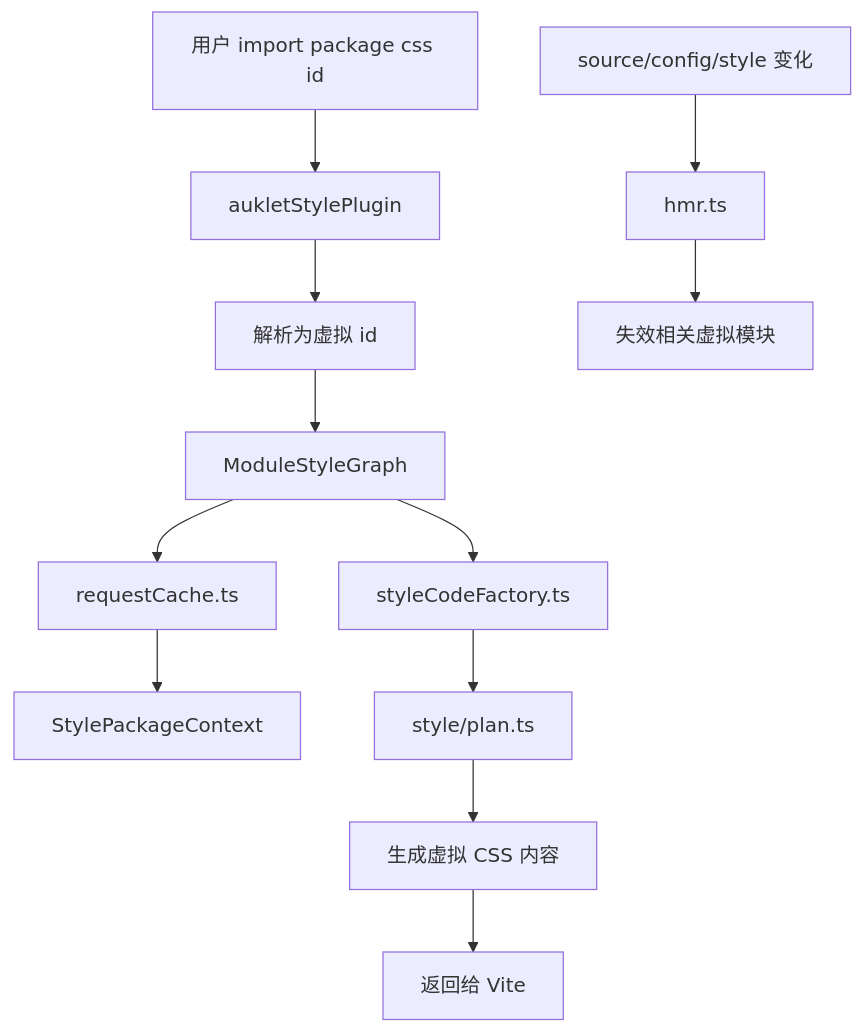
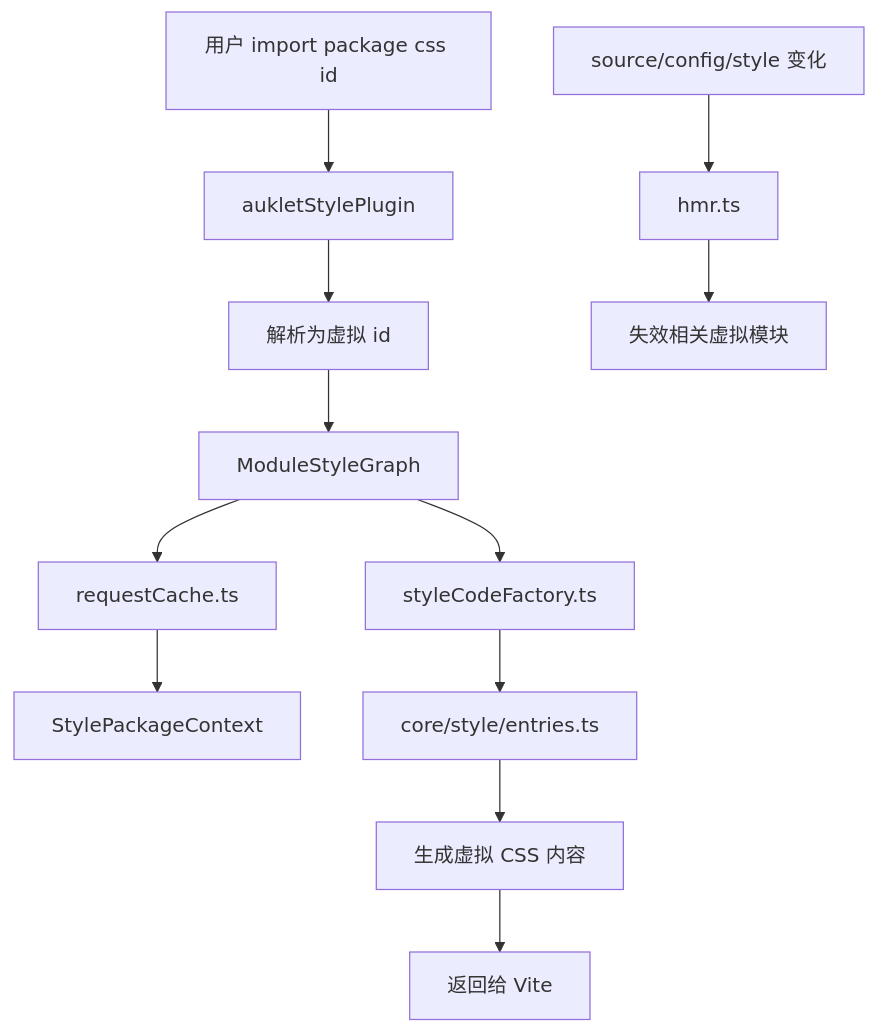
Before and after one commit to imtaotao/auklet: the fourth of 4 diagrams in CONTRIBUTING.md, drawn with Mermaid. The commit also changed other lines of this file and 9 other files, not shown here.

Commit message:
Share style entry graph between build and dev

````diff
--- a/CONTRIBUTING.md
+++ b/CONTRIBUTING.md
@@ -248,14 +248,14 @@
 ```mermaid
 flowchart TD
   Import["用户 import package css id"] --> Plugin["aukletStylePlugin"]
   Plugin --> ResolveId["解析为虚拟 id"]
   ResolveId --> Graph["ModuleStyleGraph"]
   Graph --> Cache["requestCache.ts"]
   Cache --> PackageContext["StylePackageContext"]
   Graph --> Factory["styleCodeFactory.ts"]
-  Factory --> SharedPlan["style/plan.ts"]
-  SharedPlan --> LoadStyle["生成虚拟 CSS 内容"]
+  Factory --> SharedGraph["core/style/entries.ts"]
+  SharedGraph --> LoadStyle["生成虚拟 CSS 内容"]
   LoadStyle --> Vite["返回给 Vite"]
   FileChange["source/config/style 变化"] --> Hmr["hmr.ts"]
   Hmr --> Invalidate["失效相关虚拟模块"]
 ```
````
